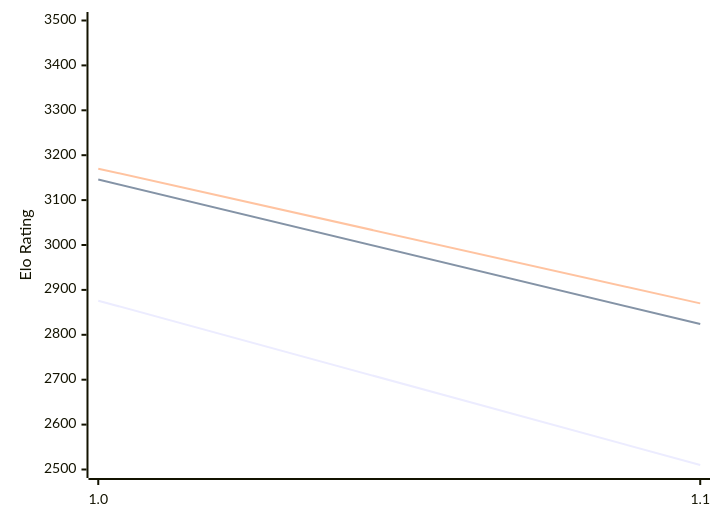
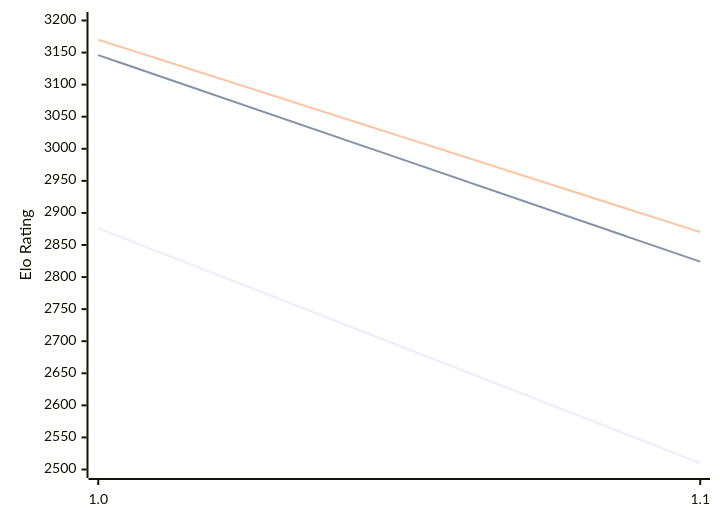
One commit to computer-chess-index/cci changed the diagram in engines/Publius.md. Above: the diagram before and after it, drawn with Mermaid. The commit also changed other lines of this file, not shown here.

Commit message:
Update CCI Ratings (ELO VLTC) - 2026-02-10

````diff
--- a/engines/Publius.md
+++ b/engines/Publius.md
@@ -29,9 +29,9 @@
 ```mermaid
 %%{init: {"theme":"base","themeVariables":{"seriesColors:['#a3a3a3','#222221','#faa371']}}}%%
 xychart-beta
   x-axis ["1.0", "1.1"]
-  y-axis "Elo Rating" 2500 --> 3500
+  y-axis "Elo Rating" 2500 --> 3200
   line "STC (8.0+0.08s)" [2876, 2510]
   line "LTC (60.0+0.60s)" [3146, 2824]
   line "VLTC (2m24s+1.12s)" [3170, 2870]
 ```
````
